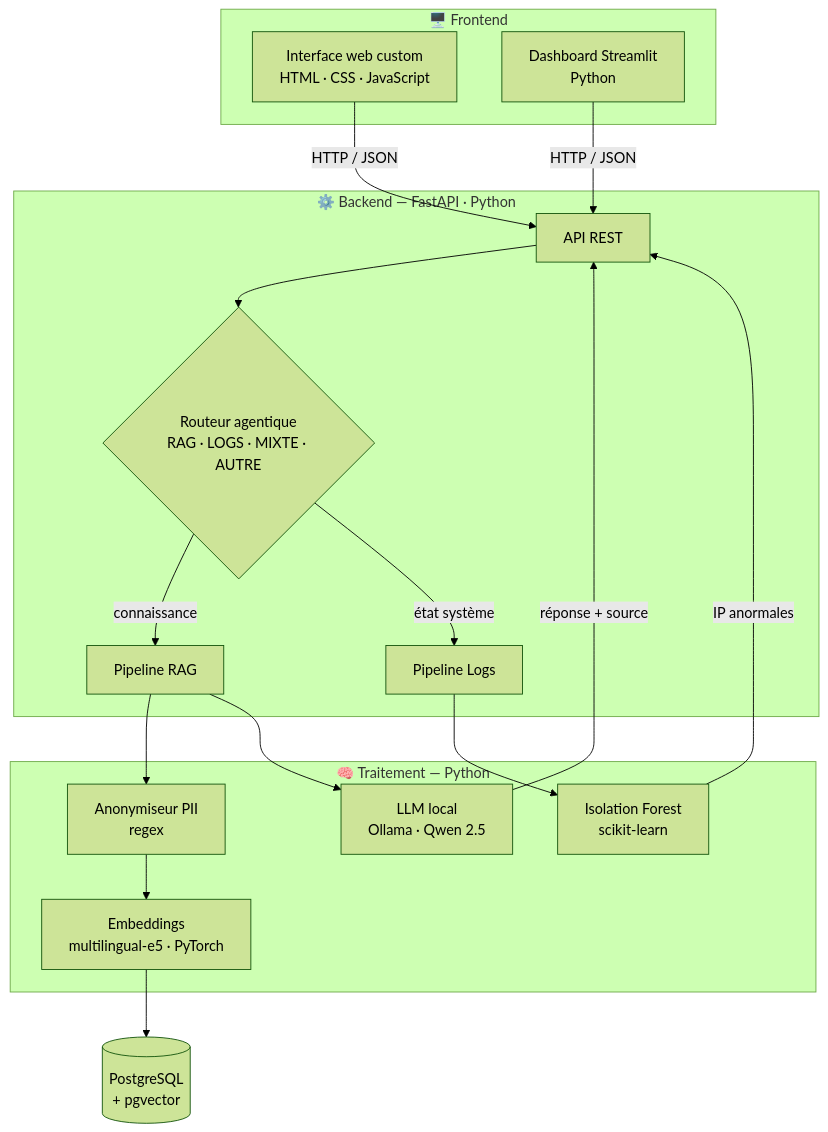
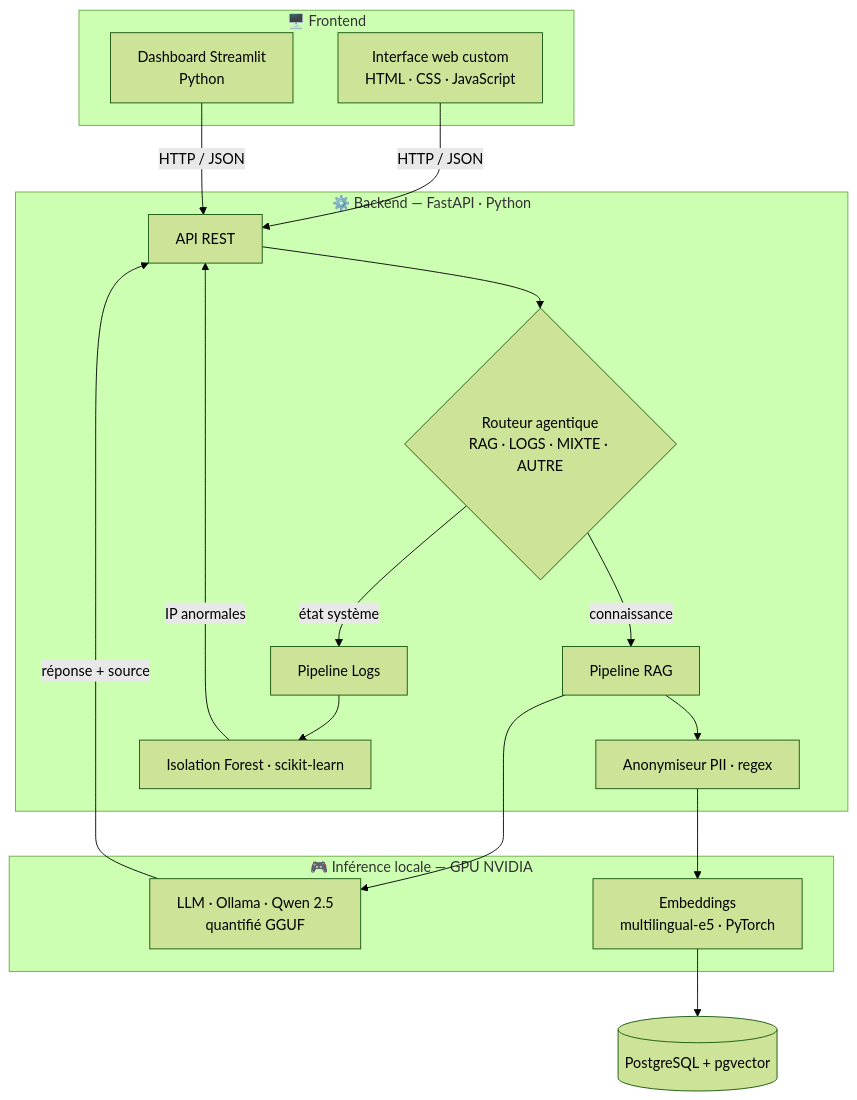
One commit to AbderKay/vala-bleu-ops-copilot changed the first of 2 diagrams in README.md. Above: the diagram before and after it, drawn with Mermaid (forest theme). The commit also changed other lines of this file, not shown here.

Commit message:
docs: GPU-focused architecture + data model (MLD) diagrams

````diff
--- a/README.md
+++ b/README.md
@@ -49,34 +49,35 @@
 ```mermaid
 flowchart TB
     subgraph FE["🖥️ Frontend"]
         UI["Interface web custom<br/>HTML · CSS · JavaScript"]
         ST["Dashboard Streamlit<br/>Python"]
     end
 
     subgraph BE["⚙️ Backend — FastAPI · Python"]
         API["API REST"]
         Router{"Routeur agentique<br/>RAG · LOGS · MIXTE · AUTRE"}
         RAG["Pipeline RAG"]
         LOGS["Pipeline Logs"]
+        Anon["Anonymiseur PII · regex"]
+        IFo["Isolation Forest · scikit-learn"]
     end
 
-    subgraph MLP["🧠 Traitement — Python"]
-        Anon["Anonymiseur PII<br/>regex"]
+    subgraph GPUZONE["🎮 Inférence locale — GPU NVIDIA"]
+        LLM["LLM · Ollama · Qwen 2.5<br/>quantifié GGUF"]
         Embed["Embeddings<br/>multilingual-e5 · PyTorch"]
-        IFo["Isolation Forest<br/>scikit-learn"]
-        LLM["LLM local<br/>Ollama · Qwen 2.5"]
     end
 
-    DB[("PostgreSQL<br/>+ pgvector")]
+    DB[("PostgreSQL + pgvector")]
 
     UI -->|HTTP / JSON| API
     ST -->|HTTP / JSON| API
     API --> Router
     Router -->|connaissance| RAG
     Router -->|état système| LOGS
-    RAG --> Anon --> Embed --> DB
+    RAG --> Anon --> Embed
+    Embed --> DB
     RAG --> LLM
     LOGS --> IFo
     LLM -->|réponse + source| API
     IFo -->|IP anormales| API
 ```
````
